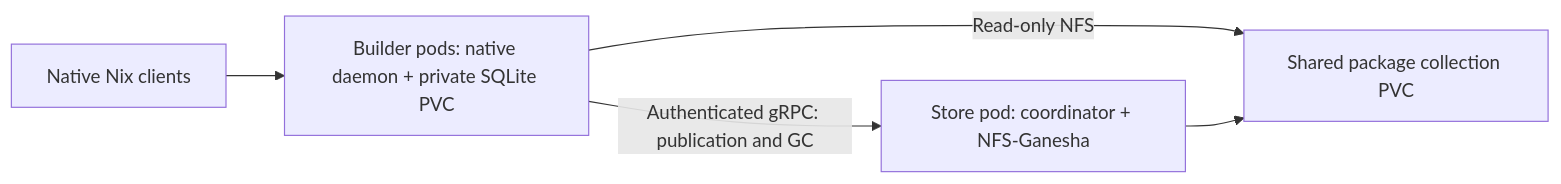
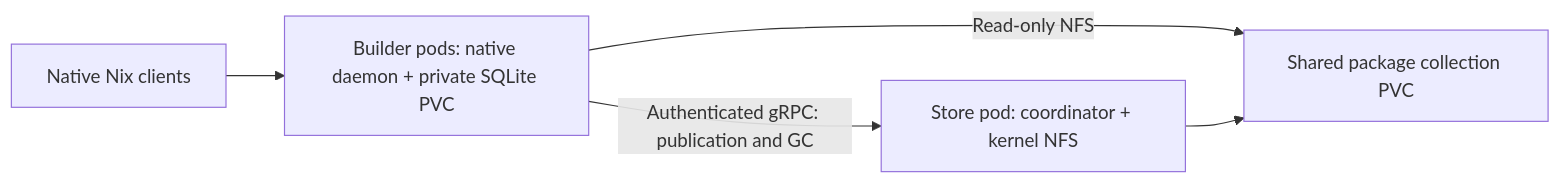
Before and after one commit to dialohq/k8s-distributed-nix-builders: the diagram in README.md, drawn with Mermaid. The commit also changed other lines of this file and 15 other files, not shown here.

Commit message:
Supervise pods in Rust and serve the collection with kernel NFS

````diff
--- a/README.md
+++ b/README.md
@@ -28,7 +28,7 @@
 ```mermaid
 flowchart LR
   A[Native Nix clients] --> B[Builder pods: native daemon + private SQLite PVC]
-  B -->|Authenticated gRPC: publication and GC| S[Store pod: coordinator + NFS-Ganesha]
+  B -->|Authenticated gRPC: publication and GC| S[Store pod: coordinator + kernel NFS]
   B -->|Read-only NFS| P[Shared package collection PVC]
   S --> P
 ```
````
